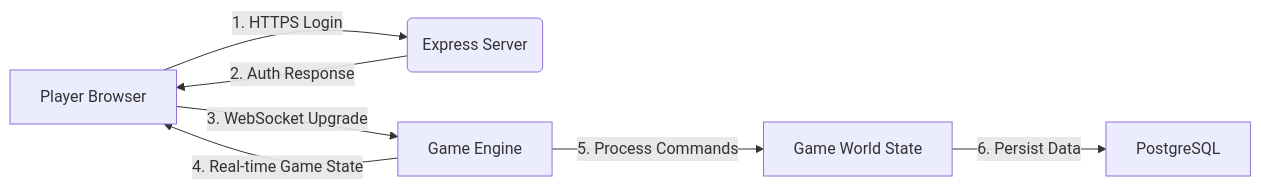
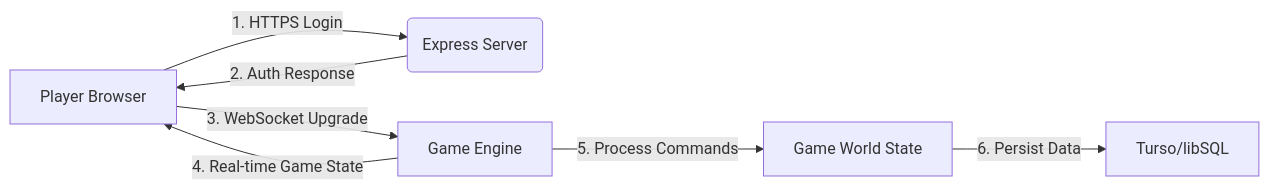
The diagram in notes/Game_Plan.md (thetechdjinn/kingdoms_of_avarice), drawn with Mermaid before and after one commit. The commit also changed other lines of this file and 42 other files, not shown here.

First line of the commit message:
Memory-first session state, Turso/libSQL cutover, and Docker deployment

````diff
--- a/notes/Game_Plan.md
+++ b/notes/Game_Plan.md
@@ -135,9 +135,9 @@
 ```mermaid
 graph LR
     A[Player Browser] -->|1. HTTPS Login| B(Express Server)
     B -->|2. Auth Response| A
     A -->|3. WebSocket Upgrade| C[Game Engine]
     C -->|4. Real-time Game State| A
     C -->|5. Process Commands| D[Game World State]
-    D -->|6. Persist Data| E[PostgreSQL]
+    D -->|6. Persist Data| E[Turso/libSQL]
 ```
````
